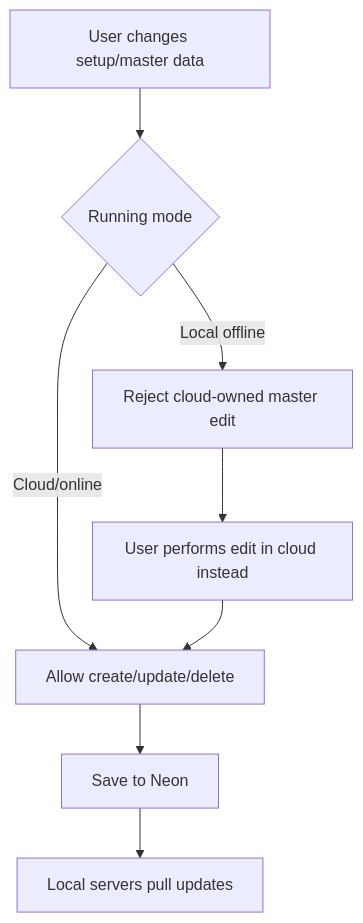
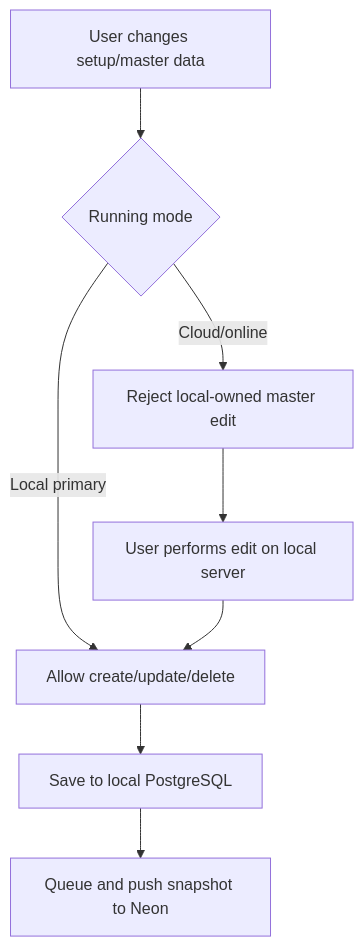
The fifth of 8 diagrams in docs/FLOW_DIAGRAMS.md (muhammadazhar/RestaurantOS), drawn with Mermaid before and after one commit. The commit also changed other lines of this file and 26 other files, not shown here.

Commit message:
Make local database primary for cloud sync

````diff
--- a/docs/FLOW_DIAGRAMS.md
+++ b/docs/FLOW_DIAGRAMS.md
@@ -77,10 +77,10 @@
 ```mermaid
 flowchart TD
   A["User changes setup/master data"] --> B{"Running mode"}
-  B -->|"Cloud/online"| C["Allow create/update/delete"]
-  C --> D["Save to Neon"]
-  D --> E["Local servers pull updates"]
-  B -->|"Local offline"| F["Reject cloud-owned master edit"]
-  F --> G["User performs edit in cloud instead"]
+  B -->|"Local primary"| C["Allow create/update/delete"]
+  C --> D["Save to local PostgreSQL"]
+  D --> E["Queue and push snapshot to Neon"]
+  B -->|"Cloud/online"| F["Reject local-owned master edit"]
+  F --> G["User performs edit on local server"]
   G --> C
 ```
````
